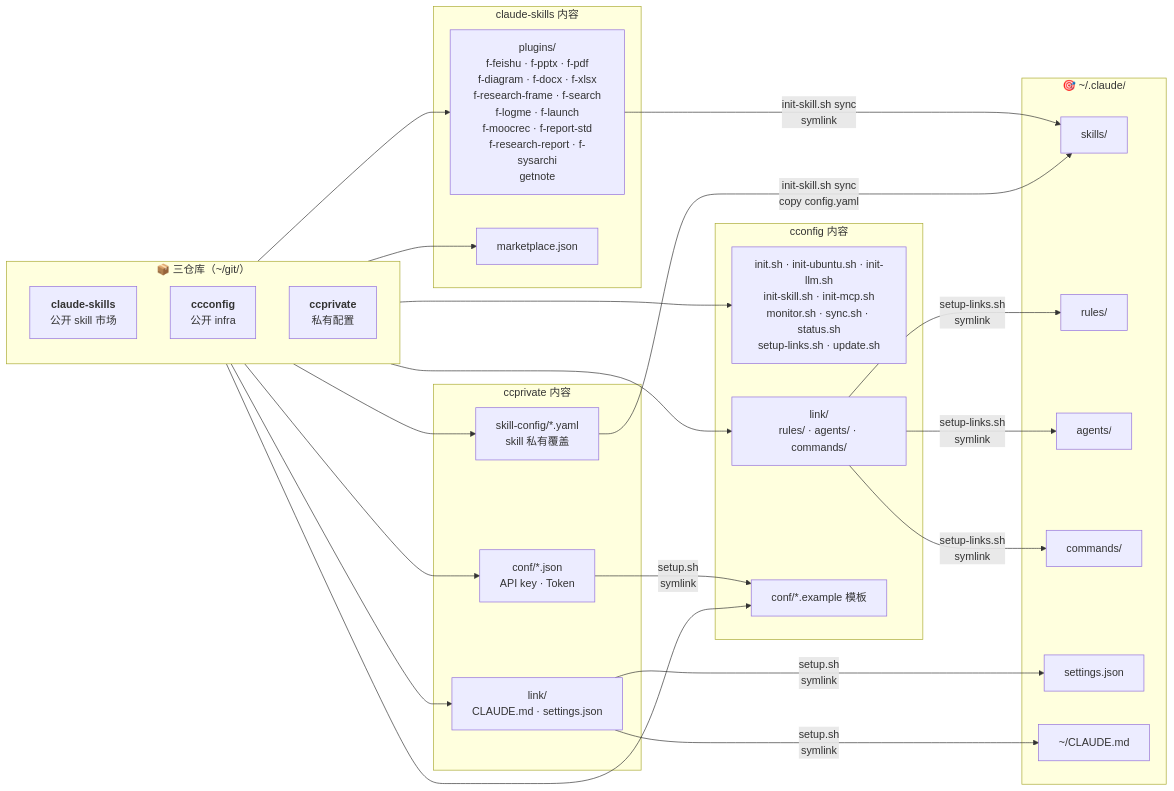
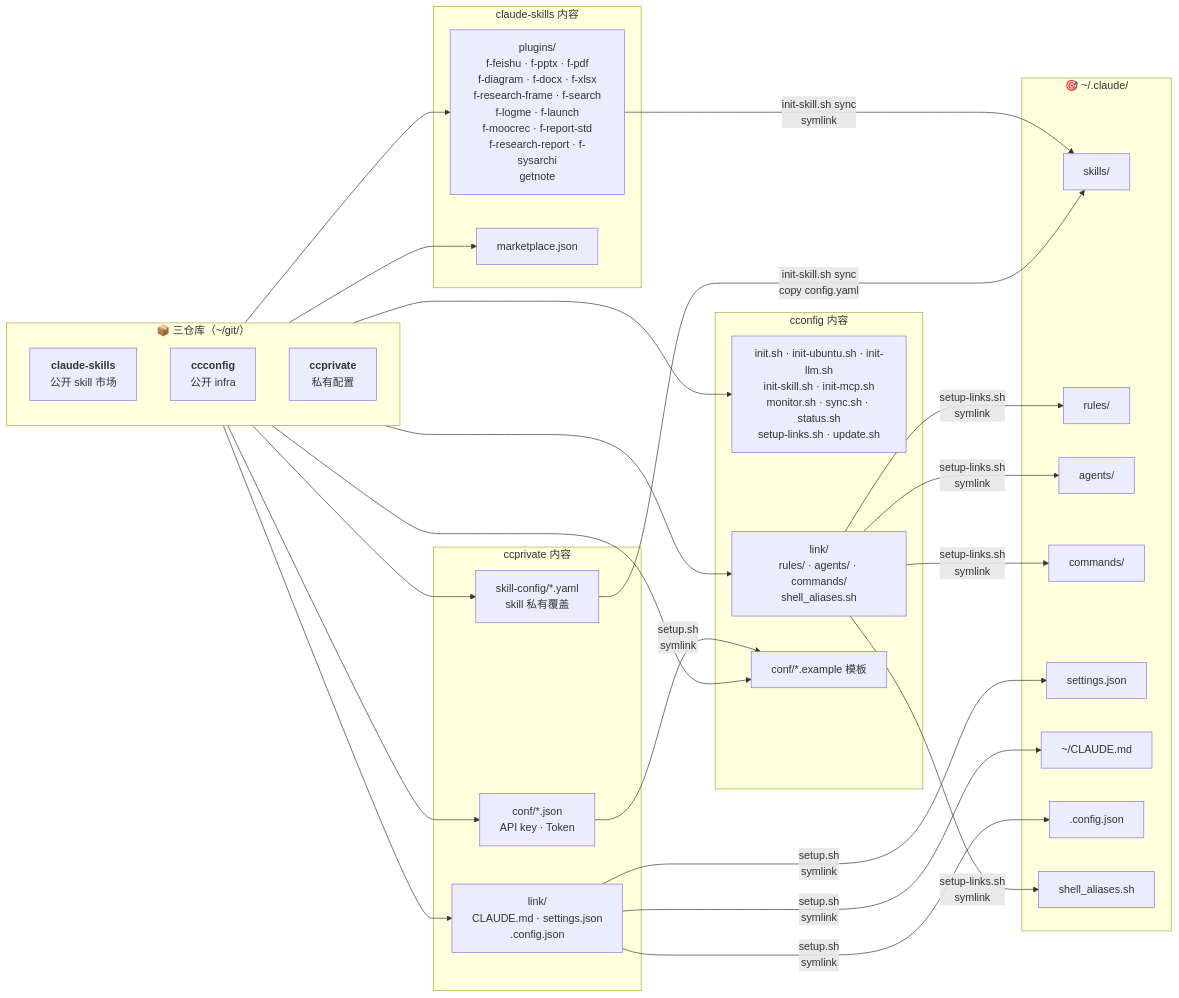
The diagram in README.md (mengfanchun2017/ccconfig), drawn with Mermaid before and after one commit. The commit also changed other lines of this file and 1 other file, not shown here.

````diff
--- a/README.md
+++ b/README.md
@@ -39,53 +39,57 @@
 ```mermaid
 flowchart LR
   subgraph repos["📦 三仓库（~/git/）"]
     direction TB
     skills["<b>claude-skills</b><br/>公开 skill 市场"]
     ccconfig["<b>ccconfig</b><br/>公开 infra"]
     ccprivate["<b>ccprivate</b><br/>私有配置"]
   end
 
   subgraph skills_content["claude-skills 内容"]
     plugins["plugins/<br/>f-feishu · f-pptx · f-pdf<br/>f-diagram · f-docx · f-xlsx<br/>f-research-frame · f-search<br/>f-logme · f-launch<br/>f-moocrec · f-report-std<br/>f-research-report · f-sysarchi<br/>getnote"]
     marketplace["marketplace.json"]
   end
 
   subgraph cc_content["cconfig 内容"]
     scripts["init.sh · init-ubuntu.sh · init-llm.sh<br/>init-skill.sh · init-mcp.sh<br/>monitor.sh · sync.sh · status.sh<br/>setup-links.sh · update.sh"]
-    link["link/<br/>rules/ · agents/ · commands/"]
+    link["link/<br/>rules/ · agents/ · commands/<br/>shell_aliases.sh"]
     conf["conf/*.example 模板"]
   end
 
   subgraph ccprivate_content["ccprivate 内容"]
     secrets["conf/*.json<br/>API key · Token"]
-    personal["link/<br/>CLAUDE.md · settings.json"]
+    personal["link/<br/>CLAUDE.md · settings.json<br/>.config.json"]
     overlay["skill-config/*.yaml<br/>skill 私有覆盖"]
   end
 
   subgraph target["🎯 ~/.claude/"]
     skills_dir["skills/"]
     rules_dir["rules/"]
     agents_dir["agents/"]
     commands_dir["commands/"]
     settings["settings.json"]
     claude_md["~/CLAUDE.md"]
+    config_json[".config.json"]
+    shell_aliases["shell_aliases.sh"]
   end
 
   skills --> plugins
   skills --> marketplace
   ccconfig --> scripts
   ccconfig --> link
   ccconfig --> conf
   ccprivate --> secrets
   ccprivate --> personal
   ccprivate --> overlay
 
   plugins -- "init-skill.sh sync<br/>symlink" --> skills_dir
   overlay -- "init-skill.sh sync<br/>copy config.yaml" --> skills_dir
   link -- "setup-links.sh<br/>symlink" --> rules_dir
   link -- "setup-links.sh<br/>symlink" --> agents_dir
   link -- "setup-links.sh<br/>symlink" --> commands_dir
   personal -- "setup.sh<br/>symlink" --> settings
   personal -- "setup.sh<br/>symlink" --> claude_md
+  personal -- "setup.sh<br/>symlink" --> config_json
   secrets -- "setup.sh<br/>symlink" --> conf
+  link -- "setup-links.sh<br/>symlink" --> shell_aliases
 ```
````
